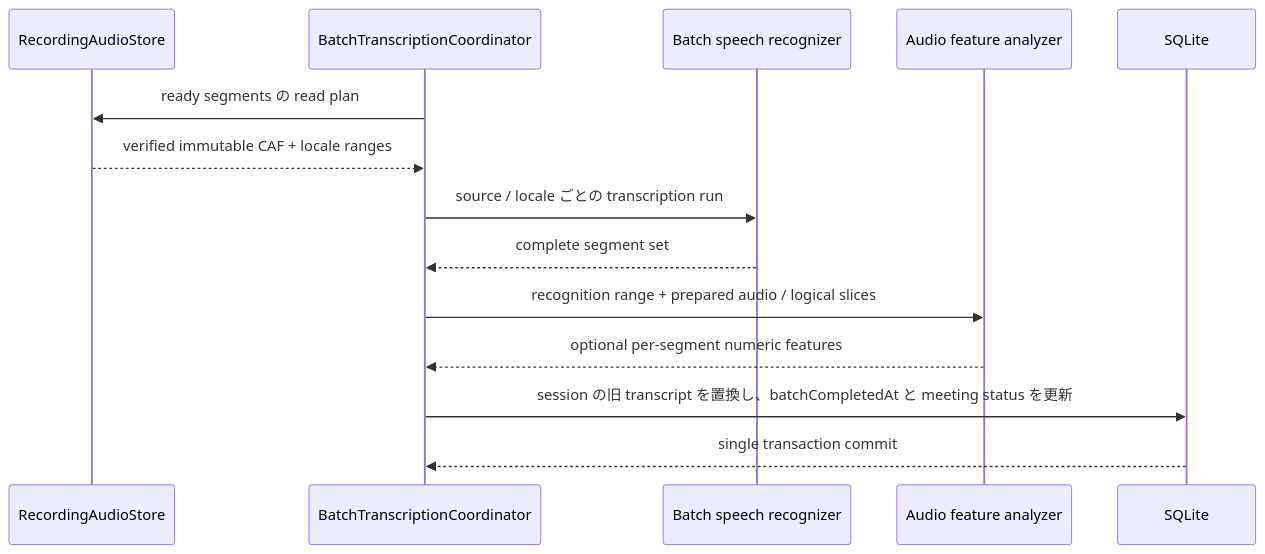
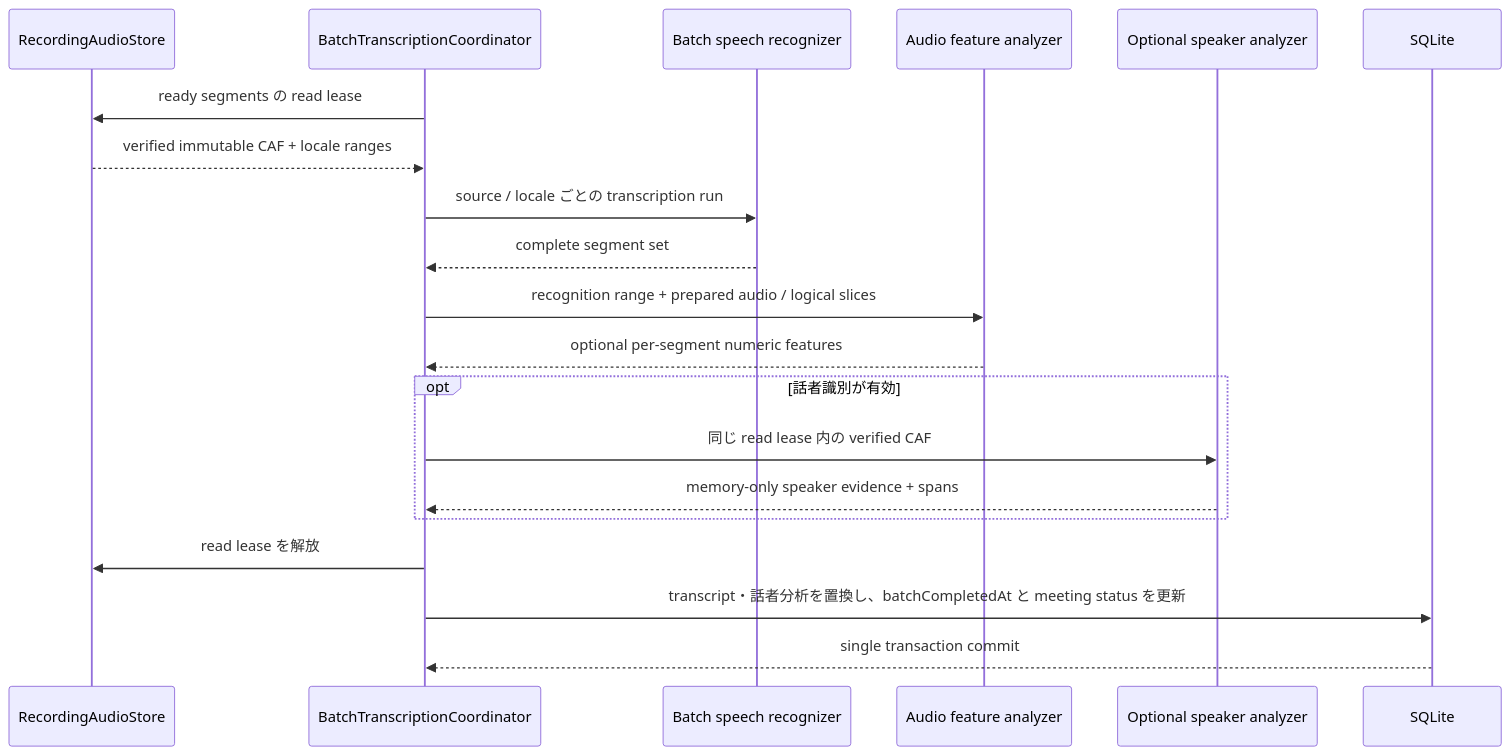
The fourth of 5 diagrams in docs/architecture/audio-transcription-data-flow.md (dahlia-org/dahlia), drawn with Mermaid before and after one commit. The commit also changed other lines of this file and 23 other files, not shown here.

Commit message:
Wire speaker analysis into batch transcription

````diff
--- a/docs/architecture/audio-transcription-data-flow.md
+++ b/docs/architecture/audio-transcription-data-flow.md
@@ -216,17 +216,23 @@
 ```mermaid
 sequenceDiagram
     participant Audio as RecordingAudioStore
     participant Batch as BatchTranscriptionCoordinator
     participant Speech as Batch speech recognizer
     participant Features as Audio feature analyzer
+    participant Speaker as Optional speaker analyzer
     participant DB as SQLite
 
-    Batch->>Audio: ready segments の read plan
+    Batch->>Audio: ready segments の read lease
     Audio-->>Batch: verified immutable CAF + locale ranges
     Batch->>Speech: source / locale ごとの transcription run
     Speech-->>Batch: complete segment set
     Batch->>Features: recognition range + prepared audio / logical slices
     Features-->>Batch: optional per-segment numeric features
-    Batch->>DB: session の旧 transcript を置換し、batchCompletedAt と meeting status を更新
+    opt 話者識別が有効
+        Batch->>Speaker: 同じ read lease 内の verified CAF
+        Speaker-->>Batch: memory-only speaker evidence + spans
+    end
+    Batch->>Audio: read lease を解放
+    Batch->>DB: transcript・話者分析を置換し、batchCompletedAt と meeting status を更新
     DB-->>Batch: single transaction commit
 ```
````
